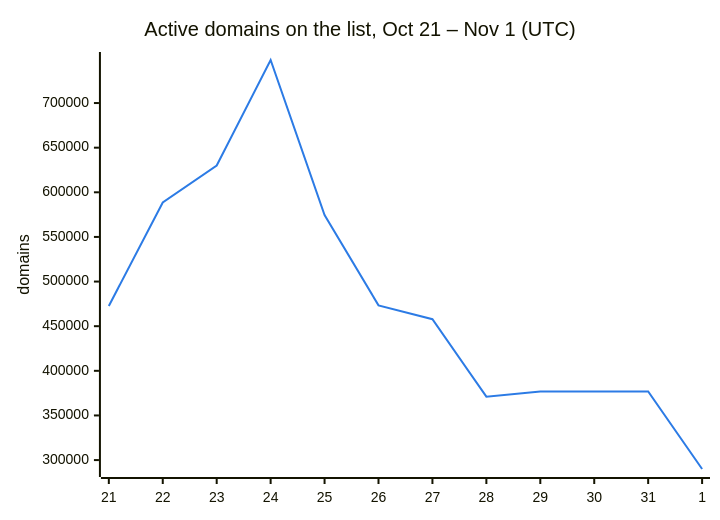
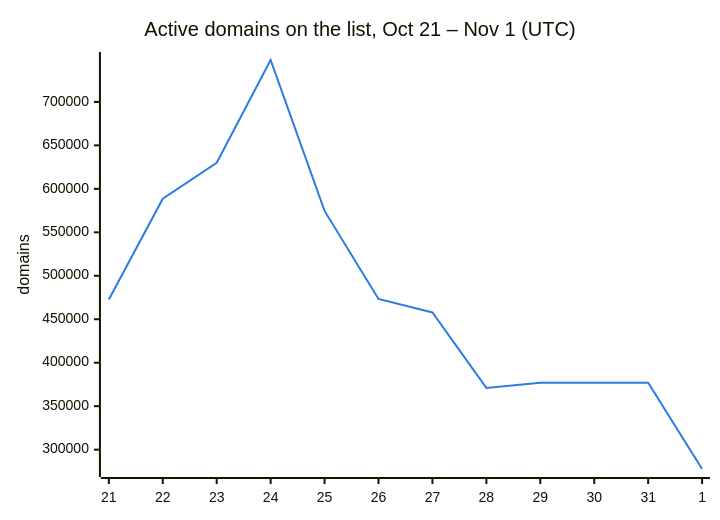
One commit to DNSBunker/CTI changed the second of 3 diagrams in README.md. Above: the diagram before and after it, drawn with Mermaid. The commit also changed other lines of this file and 3 other files, not shown here.

````diff
--- a/README.md
+++ b/README.md
@@ -38,8 +38,8 @@
 ```mermaid
 %%{init: {"themeVariables": {"xyChart": {"plotColorPalette": "#2c7be5"}}}}%%
 xychart-beta
     title "Active domains on the list, Oct 21 – Nov 1 (UTC)"
     x-axis ["21", "22", "23", "24", "25", "26", "27", "28", "29", "30", "31", "1"]
     y-axis "domains"
-    line [472713, 588659, 629951, 748222, 574614, 473331, 457795, 371010, 376945, 376945, 376945, 290005]
+    line [472713, 588659, 629951, 748222, 574614, 473331, 457795, 371010, 376945, 376945, 376945, 277732]
 ```
````
